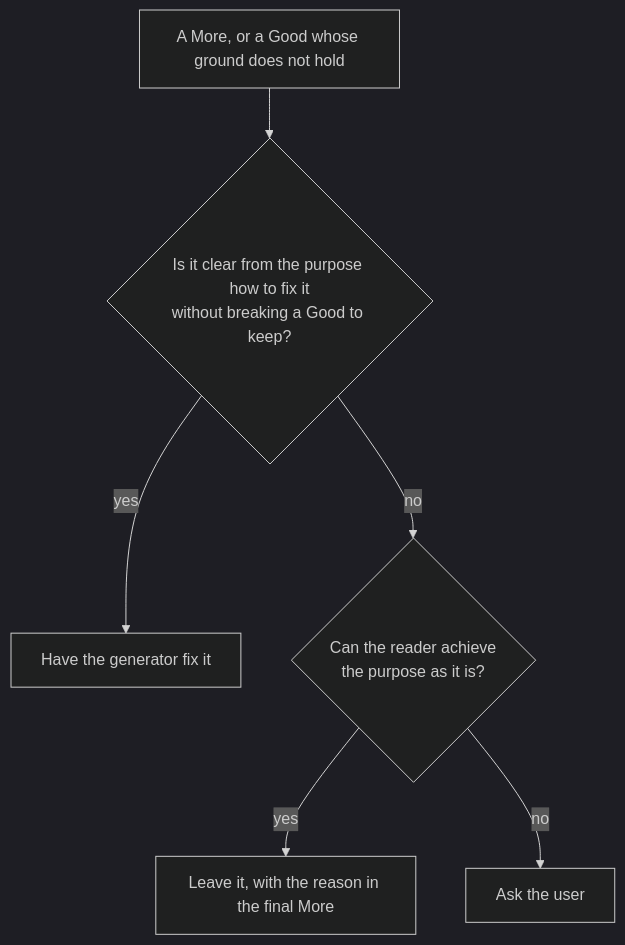
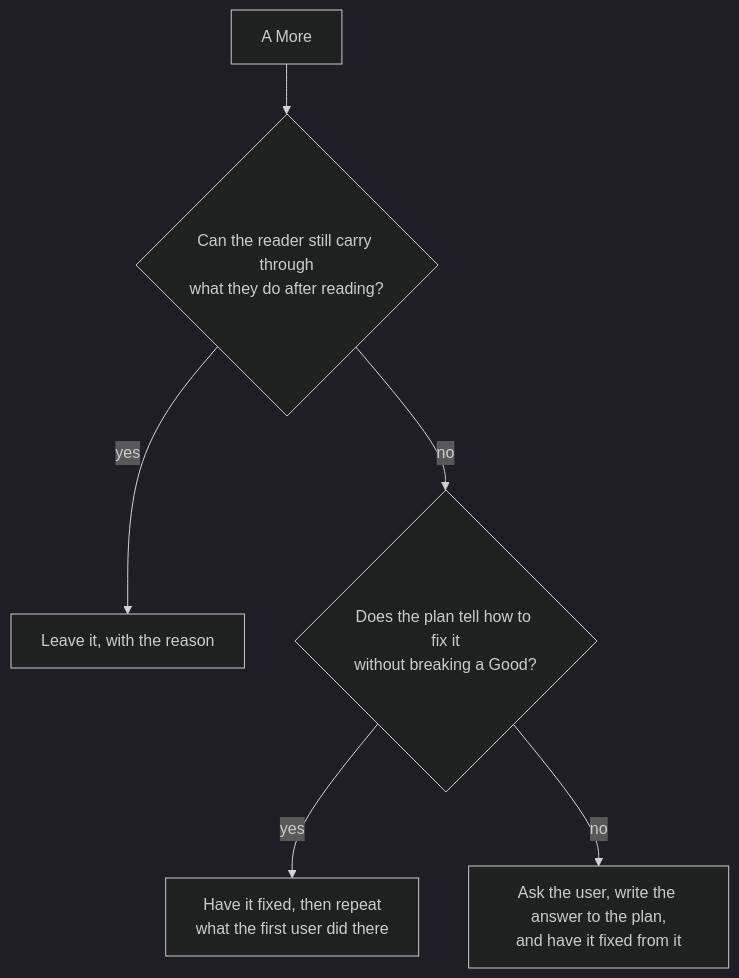
One commit to lovaizu/ccpm changed the second of 2 diagrams in writ/docs/design.md. Above: the diagram before and after it, drawn with Mermaid (dark theme). The commit also changed other lines of this file and 32 other files, not shown here.

````diff
--- a/writ/docs/design.md
+++ b/writ/docs/design.md
@@ -156,14 +68,14 @@
-```mermaid
-flowchart TD
-  M[A More, or a Good whose ground does not hold]
-  Q1{Is it clear from the purpose how to fix it<br/>without breaking a Good to keep?}
-  X[Have the generator fix it]
-  Q2{Can the reader achieve<br/>the purpose as it is?}
-  L[Leave it, with the reason in the final More]
-  B[Ask the user]
-  M --> Q1
-  Q1 -->|yes| X
-  Q1 -->|no| Q2
-  Q2 -->|yes| L
-  Q2 -->|no| B
-```
+    ```mermaid
+    flowchart TD
+      M[A More]
+      Q1{Can the reader still carry through<br/>what they do after reading?}
+      L[Leave it, with the reason]
+      Q2{Does the plan tell how to fix it<br/>without breaking a Good?}
+      X[Have it fixed, then repeat<br/>what the first user did there]
+      B[Ask the user, write the answer to the plan,<br/>and have it fixed from it]
+      M --> Q1
+      Q1 -->|yes| L
+      Q1 -->|no| Q2
+      Q2 -->|yes| X
+      Q2 -->|no| B
+    ```
````
